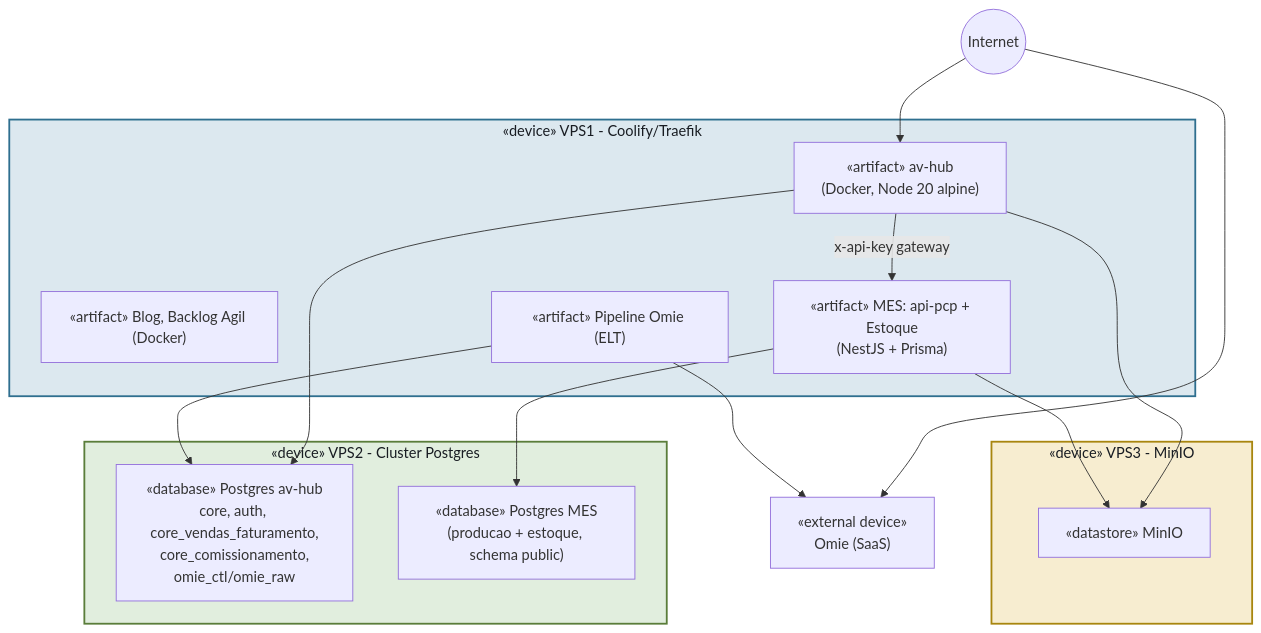
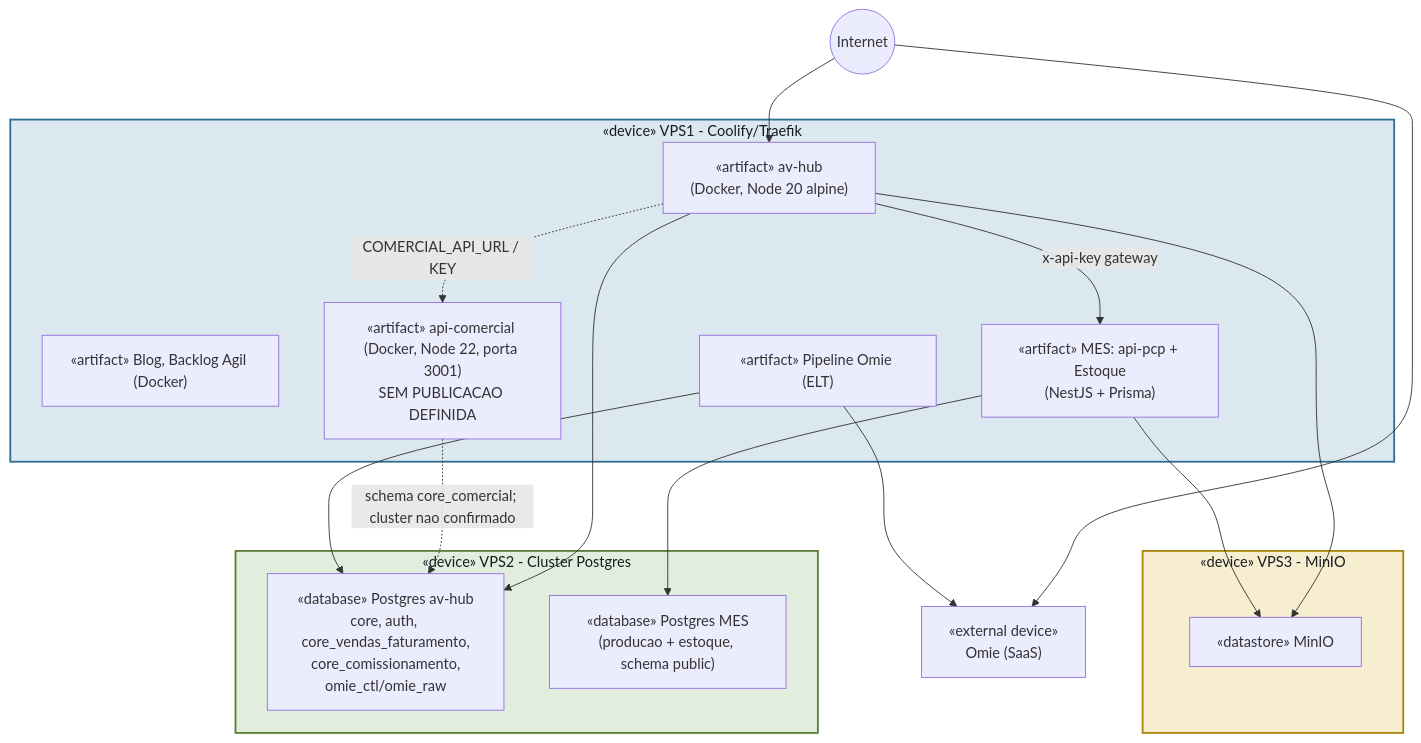
Diagram 16 of 31 in 04-Arquitetura-Transversal/Diagramas-UML.md (Acosvital/vault-avhub-mer), drawn with Mermaid before and after one commit. The commit also changed other lines of this file and 1 other file, not shown here.

First line of the commit message:
docs(vault): UML e cronograma atualizados contra o codigo (08/10)

````diff
--- a/04-Arquitetura-Transversal/Diagramas-UML.md
+++ b/04-Arquitetura-Transversal/Diagramas-UML.md
@@ -977,32 +992,35 @@
 ```mermaid
 flowchart TB
     subgraph VPS1["«device» VPS1 - Coolify/Traefik"]
         AVHUBC["«artifact» av-hub<br/>(Docker, Node 20 alpine)"]
         BLOGC["«artifact» Blog, Backlog Agil (Docker)"]
         MESAPPD["«artifact» MES: api-pcp + Estoque<br/>(NestJS + Prisma)"]
         PIPED["«artifact» Pipeline Omie (ELT)"]
+        COMD["«artifact» api-comercial (Docker, Node 22, porta 3001)<br/>SEM PUBLICACAO DEFINIDA"]
     end
     subgraph VPS2["«device» VPS2 - Cluster Postgres"]
         PG["«database» Postgres av-hub<br/>core, auth, core_vendas_faturamento,<br/>core_comissionamento,<br/>omie_ctl/omie_raw"]
         PGMESD["«database» Postgres MES<br/>(producao + estoque, schema public)"]
     end
     subgraph VPS3["«device» VPS3 - MinIO"]
         MINIOD["«datastore» MinIO"]
     end
     INTERNET(("Internet"))
     OMIED["«external device»<br/>Omie (SaaS)"]
 
     AVHUBC --> PG
     AVHUBC --> MINIOD
+    AVHUBC -.->|"COMERCIAL_API_URL / KEY"| COMD
+    COMD -.->|"schema core_comercial; cluster nao confirmado"| PG
     MESAPPD --> PGMESD
     MESAPPD --> MINIOD
     AVHUBC -->|x-api-key gateway| MESAPPD
     INTERNET --> AVHUBC
     INTERNET --> OMIED
     PIPED --> OMIED
     PIPED --> PG
 
     style VPS1 fill:#dce8ef,stroke:#2f6f8f,stroke-width:2px,color:#181c22
     style VPS2 fill:#e1eede,stroke:#5a7d3a,stroke-width:2px,color:#181c22
     style VPS3 fill:#f7edd0,stroke:#a8860f,stroke-width:2px,color:#181c22
 ```
````
